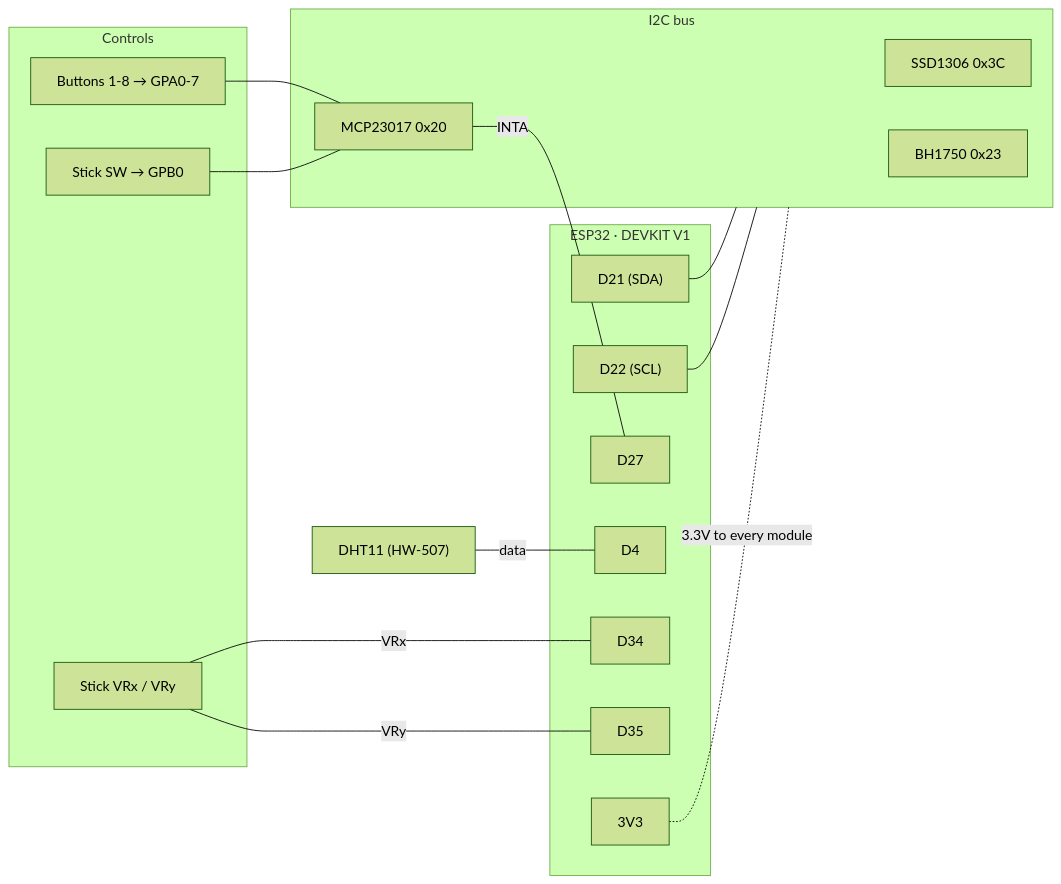
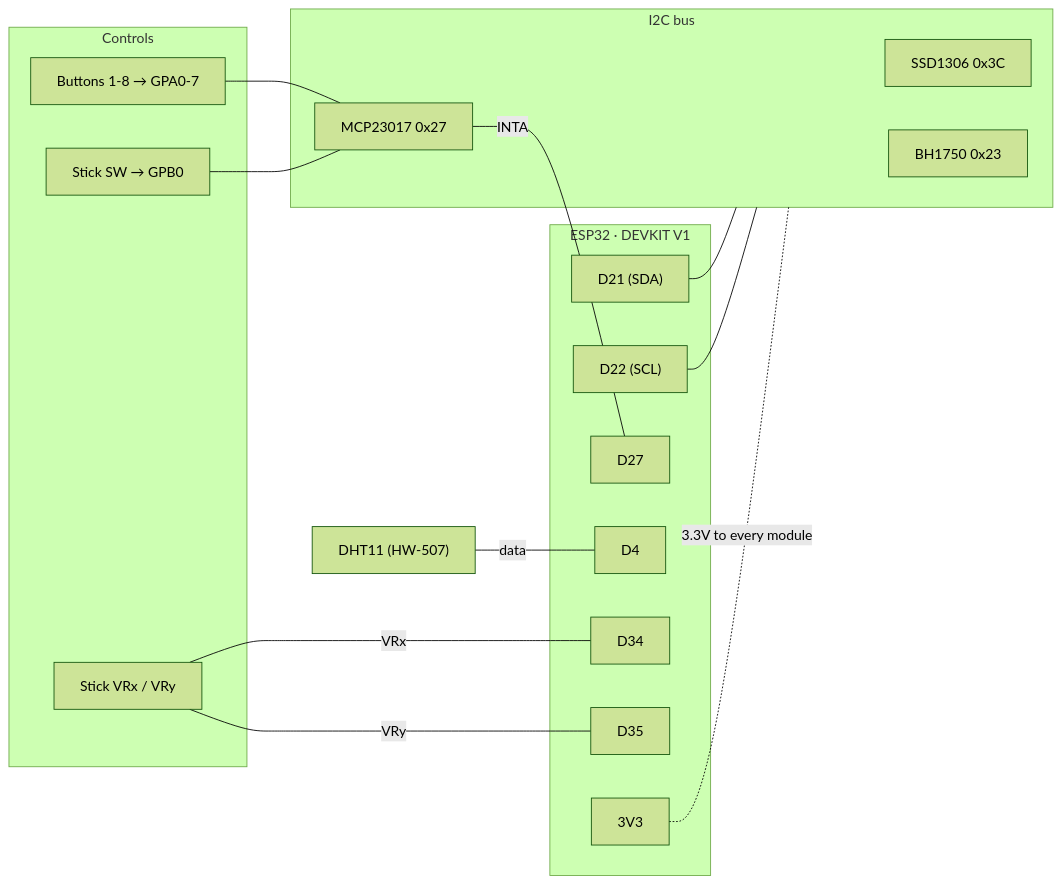
Before and after one commit to traviswolverton/goodnight-device: the diagram in DESIGN.md, drawn with Mermaid (forest theme). The commit also changed other lines of this file and 16 other files, not shown here.

````diff
--- a/DESIGN.md
+++ b/DESIGN.md
@@ -77,32 +81,32 @@
 ```mermaid
 graph LR
   subgraph ESP32["ESP32 · DEVKIT V1"]
     D21["D21 (SDA)"]
     D22["D22 (SCL)"]
     D27["D27"]
     D4["D4"]
     D34["D34"]
     D35["D35"]
     V3["3V3"]
   end
   subgraph I2C["I2C bus"]
     OLED["SSD1306 0x3C"]
     LUX["BH1750 0x23"]
-    MCP["MCP23017 0x20"]
+    MCP["MCP23017 0x27"]
   end
   subgraph Controls
     BTN["Buttons 1-8 → GPA0-7"]
     JSW["Stick SW → GPB0"]
     JXY["Stick VRx / VRy"]
   end
   DHT["DHT11 (HW-507)"]
   D21 --- I2C
   D22 --- I2C
   MCP -- "INTA" --- D27
   BTN --- MCP
   JSW --- MCP
   JXY -- "VRx" --- D34
   JXY -- "VRy" --- D35
   DHT -- "data" --- D4
   V3 -. "3.3V to every module" .- I2C
 ```
````
